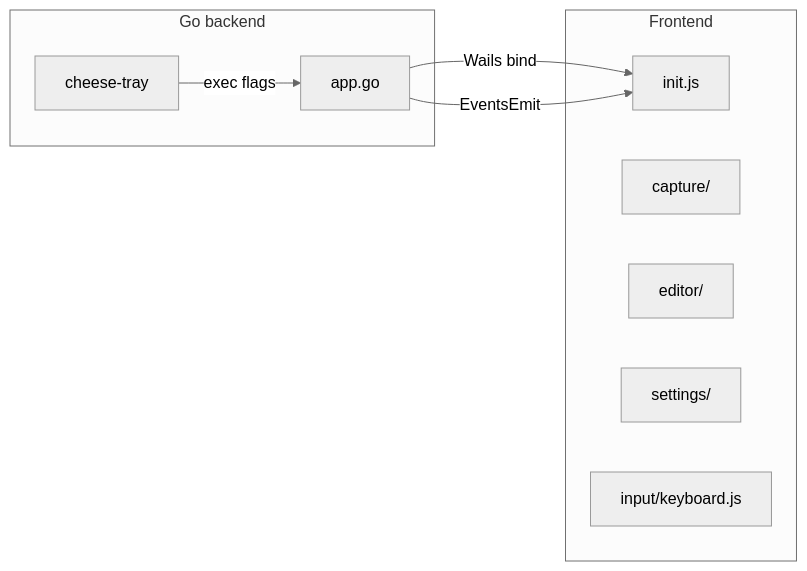
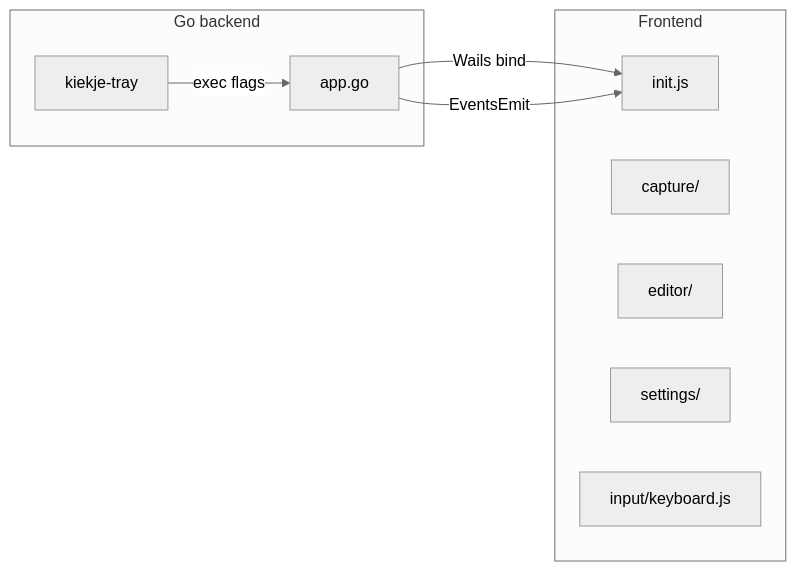
One commit to remcostoeten/kiekje changed the diagram in cheese-wails/AGENTS.md. Above: the diagram before and after it, drawn with Mermaid (neutral theme). The commit also changed other lines of this file and 35 other files, not shown here.

````diff
--- a/cheese-wails/AGENTS.md
+++ b/cheese-wails/AGENTS.md
@@ -63,17 +65,17 @@
 ```mermaid
 flowchart LR
   subgraph go [Go backend]
     App[app.go]
-    Tray[cheese-tray]
+    Tray[kiekje-tray]
   end
   subgraph fe [Frontend]
     Init[init.js]
     Capture[capture/]
     Editor[editor/]
     Settings[settings/]
     Input[input/keyboard.js]
   end
   App -->|Wails bind| Init
   App -->|EventsEmit| Init
   Tray -->|exec flags| App
 ```
````
